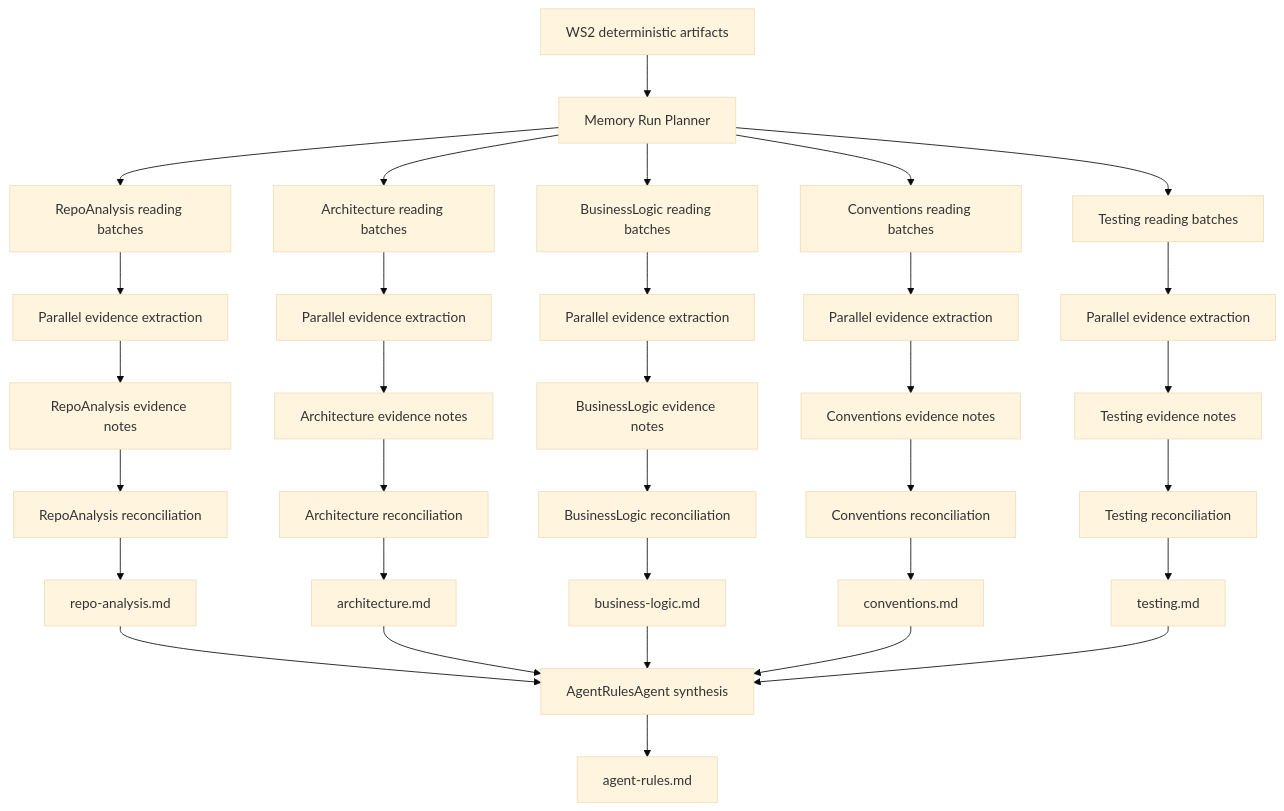
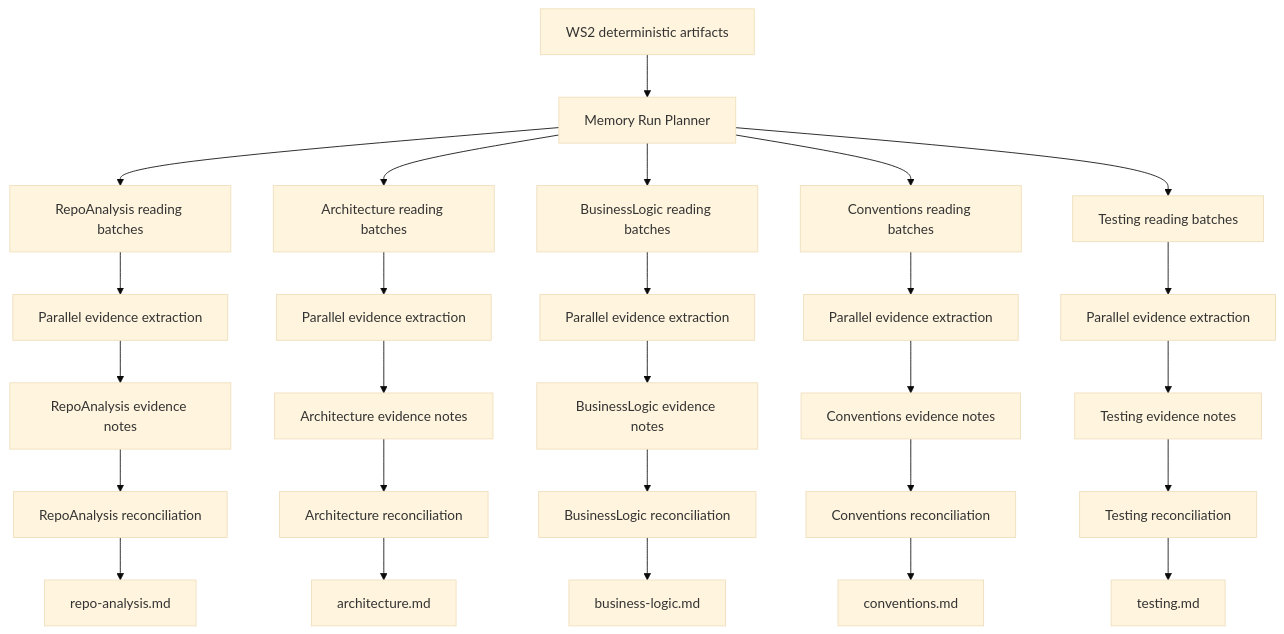
The diagram in docs/Bridger Workstream 5 Memory Orchestration Architecture.md (thpnt/bridger), drawn with Mermaid (base theme) before and after one commit. The commit also changed other lines of this file and 58 other files, not shown here.

````diff
--- a/docs/Bridger Workstream 5 Memory Orchestration Architecture.md
+++ b/docs/Bridger Workstream 5 Memory Orchestration Architecture.md
@@ -165,42 +162,34 @@
 ```mermaid
 flowchart TD
     A[WS2 deterministic artifacts] --> B[Memory Run Planner]
 
     B --> C1[RepoAnalysis reading batches]
     B --> C2[Architecture reading batches]
     B --> C3[BusinessLogic reading batches]
     B --> C4[Conventions reading batches]
     B --> C5[Testing reading batches]
 
     C1 --> D1[Parallel evidence extraction]
     C2 --> D2[Parallel evidence extraction]
     C3 --> D3[Parallel evidence extraction]
     C4 --> D4[Parallel evidence extraction]
     C5 --> D5[Parallel evidence extraction]
 
     D1 --> E1[RepoAnalysis evidence notes]
     D2 --> E2[Architecture evidence notes]
     D3 --> E3[BusinessLogic evidence notes]
     D4 --> E4[Conventions evidence notes]
     D5 --> E5[Testing evidence notes]
 
     E1 --> F1[RepoAnalysis reconciliation]
     E2 --> F2[Architecture reconciliation]
     E3 --> F3[BusinessLogic reconciliation]
     E4 --> F4[Conventions reconciliation]
     E5 --> F5[Testing reconciliation]
 
     F1 --> G1[repo-analysis.md]
     F2 --> G2[architecture.md]
     F3 --> G3[business-logic.md]
     F4 --> G4[conventions.md]
     F5 --> G5[testing.md]
-
-    G1 --> H[AgentRulesAgent synthesis]
-    G2 --> H
-    G3 --> H
-    G4 --> H
-    G5 --> H
-
-    H --> I[agent-rules.md]
 ```
````
